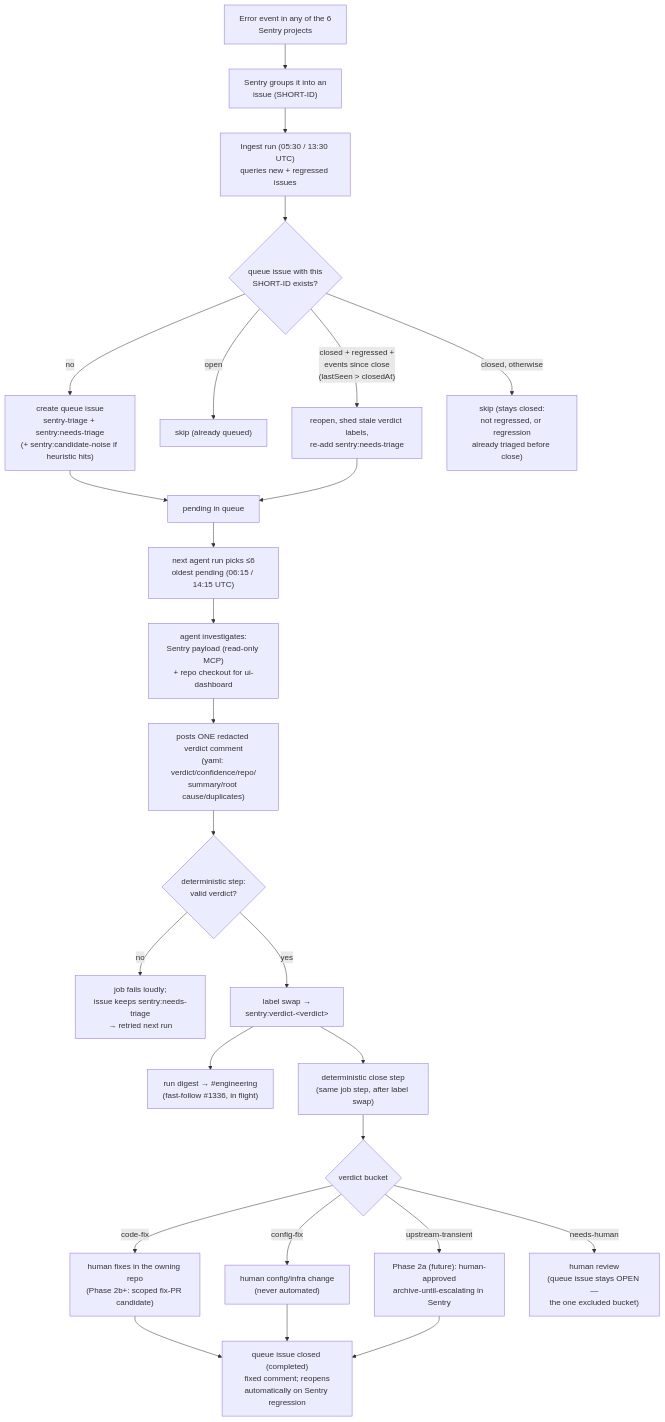
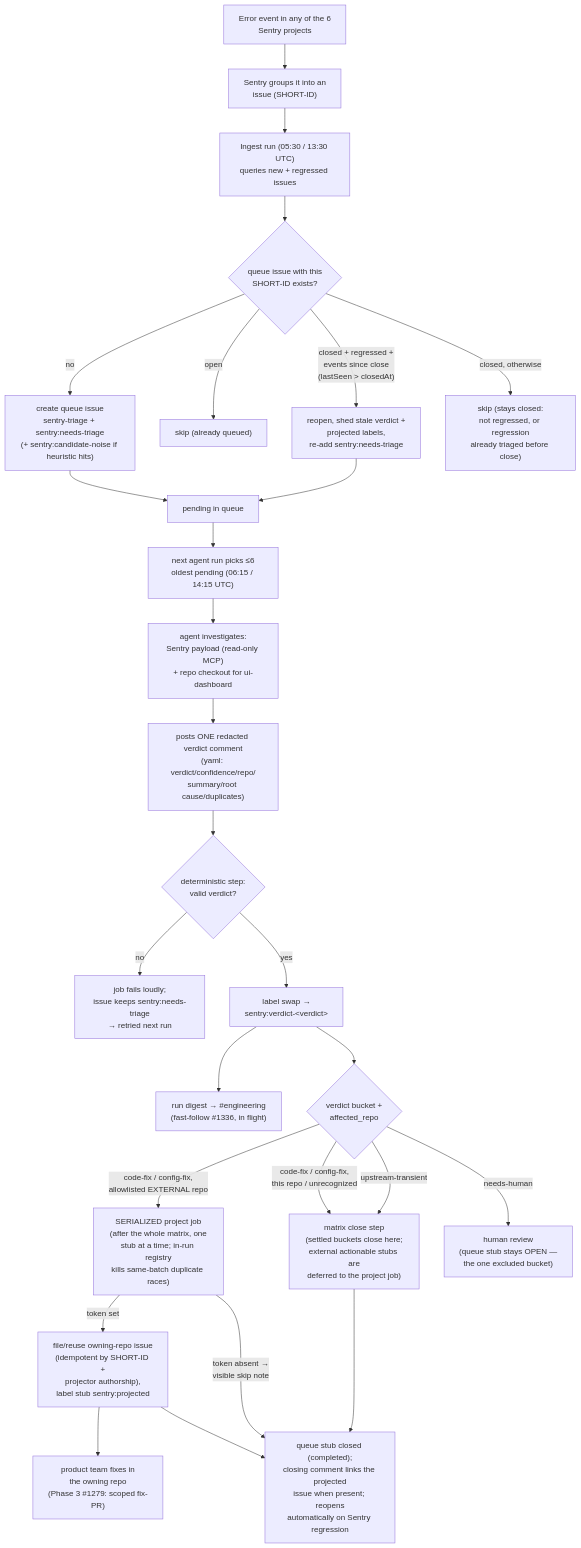
One commit to mento-protocol/monitoring-monorepo changed the second of 2 diagrams in docs/notes/sentry-triage-pipeline.md. Above: the diagram before and after it, drawn with Mermaid. The commit also changed other lines of this file and 17 other files, not shown here.

First line of the commit message:
feat(tooling): project actionable Sentry triage verdicts into owning repos (#1356)

````diff
--- a/docs/notes/sentry-triage-pipeline.md
+++ b/docs/notes/sentry-triage-pipeline.md
@@ -88,28 +99,29 @@
 ```mermaid
 flowchart TD
     EV["Error event in any of the 6<br/>Sentry projects"] --> GRP["Sentry groups it into an<br/>issue (SHORT-ID)"]
     GRP --> POLL["Ingest run (05:30 / 13:30 UTC)<br/>queries new + regressed issues"]
     POLL --> KNOWN{"queue issue with this<br/>SHORT-ID exists?"}
     KNOWN -- "no" --> CREATE["create queue issue<br/>sentry-triage + sentry:needs-triage<br/>(+ sentry:candidate-noise if heuristic hits)"]
     KNOWN -- "open" --> SKIP["skip (already queued)"]
-    KNOWN -- "closed + regressed +<br/>events since close<br/>(lastSeen &gt; closedAt)" --> REOPEN["reopen, shed stale verdict labels,<br/>re-add sentry:needs-triage"]
+    KNOWN -- "closed + regressed +<br/>events since close<br/>(lastSeen &gt; closedAt)" --> REOPEN["reopen, shed stale verdict +<br/>projected labels,<br/>re-add sentry:needs-triage"]
     KNOWN -- "closed, otherwise" --> STAY["skip (stays closed:<br/>not regressed, or regression<br/>already triaged before close)"]
     CREATE --> PEND["pending in queue"]
     REOPEN --> PEND
     PEND --> BATCH["next agent run picks ≤6<br/>oldest pending (06:15 / 14:15 UTC)"]
     BATCH --> INV["agent investigates:<br/>Sentry payload (read-only MCP)<br/>+ repo checkout for ui-dashboard"]
     INV --> VC["posts ONE redacted verdict comment<br/>(yaml: verdict/confidence/repo/<br/>summary/root cause/duplicates)"]
     VC --> VALID{"deterministic step:<br/>valid verdict?"}
     VALID -- "no" --> FAIL["job fails loudly;<br/>issue keeps sentry:needs-triage<br/>→ retried next run"]
     VALID -- "yes" --> SWAP["label swap →<br/>sentry:verdict-&lt;verdict&gt;"]
     SWAP --> DIGEST["run digest → #engineering<br/>(fast-follow #1336, in flight)"]
-    SWAP --> CLOSESTEP["deterministic close step<br/>(same job step, after label swap)"]
-    CLOSESTEP --> ROUTE{"verdict bucket"}
-    ROUTE -- "code-fix" --> OWN["human fixes in the owning repo<br/>(Phase 2b+: scoped fix-PR candidate)"]
-    ROUTE -- "config-fix" --> CFG["human config/infra change<br/>(never automated)"]
-    ROUTE -- "upstream-transient" --> ARCH["Phase 2a (future): human-approved<br/>archive-until-escalating in Sentry"]
-    ROUTE -- "needs-human" --> REV["human review<br/>(queue issue stays OPEN —<br/>the one excluded bucket)"]
-    OWN --> CLOSED["queue issue closed (completed)<br/>fixed comment; reopens<br/>automatically on Sentry regression"]
-    CFG --> CLOSED
-    ARCH --> CLOSED
+    SWAP --> BUCKET{"verdict bucket +<br/>affected_repo"}
+    BUCKET -- "code-fix / config-fix,<br/>allowlisted EXTERNAL repo" --> PROJ["SERIALIZED project job<br/>(after the whole matrix, one<br/>stub at a time; in-run registry<br/>kills same-batch duplicate races)"]
+    PROJ -- "token set" --> FILE["file/reuse owning-repo issue<br/>(idempotent by SHORT-ID +<br/>projector authorship),<br/>label stub sentry:projected"]
+    PROJ -- "token absent →<br/>visible skip note" --> CLOSED
+    FILE --> OWNFIX["product team fixes in<br/>the owning repo<br/>(Phase 3 #1279: scoped fix-PR)"]
+    FILE --> CLOSED
+    BUCKET -- "code-fix / config-fix,<br/>this repo / unrecognized" --> CLOSESTEP
+    BUCKET -- "upstream-transient" --> CLOSESTEP
+    BUCKET -- "needs-human" --> REV["human review<br/>(queue stub stays OPEN —<br/>the one excluded bucket)"]
+    CLOSESTEP["matrix close step<br/>(settled buckets close here;<br/>external actionable stubs are<br/>deferred to the project job)"] --> CLOSED["queue stub closed (completed);<br/>closing comment links the projected<br/>issue when present; reopens<br/>automatically on Sentry regression"]
 ```
````
